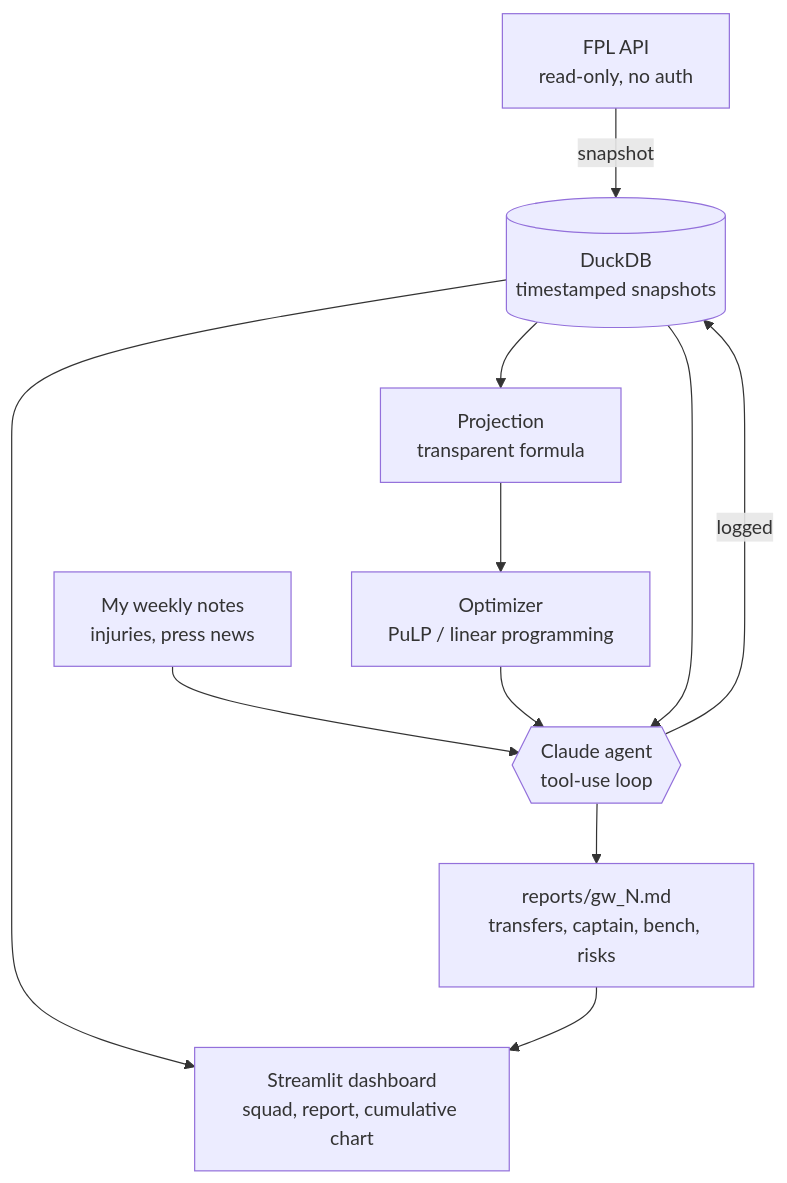
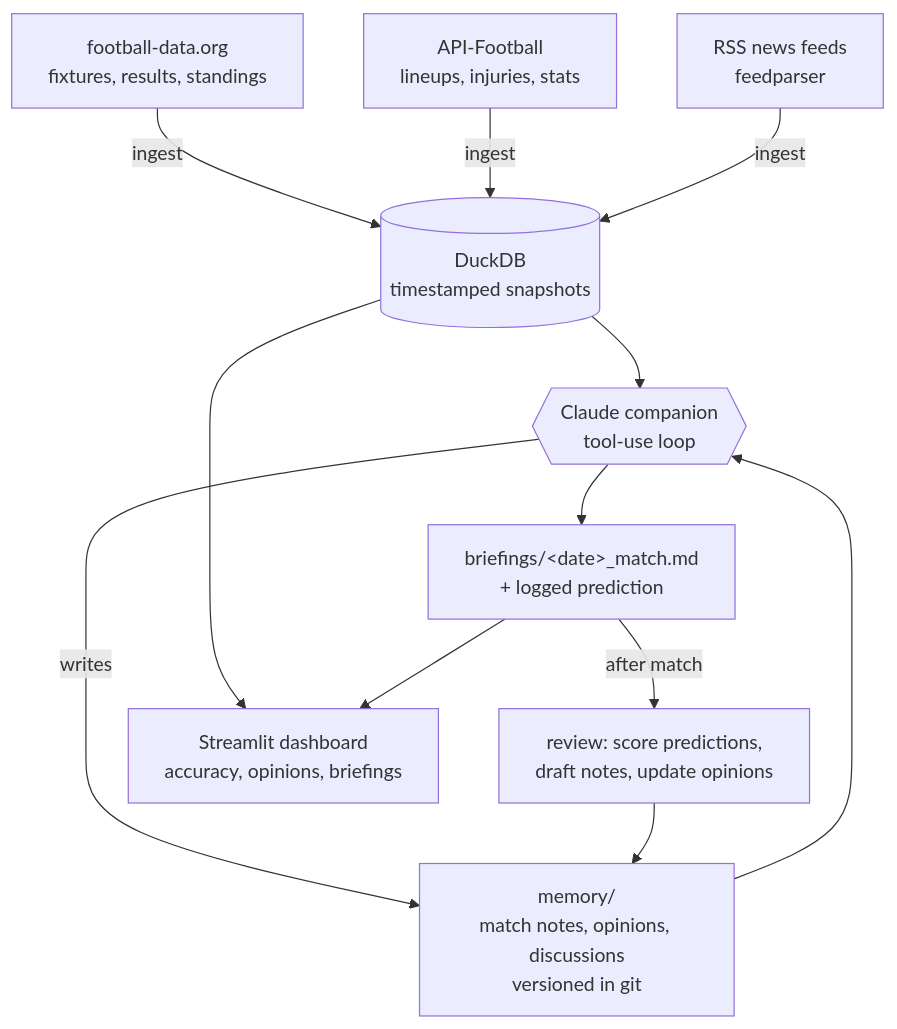
One commit to Rushikesh-S-Ware/football-companion changed the diagram in README.md. Above: the diagram before and after it, drawn with Mermaid. The commit also changed other lines of this file and 12 other files, not shown here.

First line of the commit message:
Pivot from FPL manager to Football Companion Agent (Phase 0)

````diff
--- a/README.md
+++ b/README.md
@@ -21,13 +28,14 @@
 ```mermaid
 flowchart TD
-    A[FPL API<br/>read-only, no auth] -->|snapshot| B[(DuckDB<br/>timestamped snapshots)]
-    B --> C[Projection<br/>transparent formula]
-    C --> D[Optimizer<br/>PuLP / linear programming]
-    N[My weekly notes<br/>injuries, press news] --> E
-    D --> E{{Claude agent<br/>tool-use loop}}
-    B --> E
-    E --> F[reports/gw_N.md<br/>transfers, captain, bench, risks]
-    E -->|logged| B
-    B --> G[Streamlit dashboard<br/>squad, report, cumulative chart]
-    F --> G
+    A[football-data.org<br/>fixtures, results, standings] -->|ingest| D[(DuckDB<br/>timestamped snapshots)]
+    B[API-Football<br/>lineups, injuries, stats] -->|ingest| D
+    C[RSS news feeds<br/>feedparser] -->|ingest| D
+    M[memory/<br/>match notes, opinions, discussions<br/>versioned in git] --> E
+    D --> E{{Claude companion<br/>tool-use loop}}
+    E -->|writes| M
+    E --> F[briefings/&lt;date&gt;_match.md<br/>+ logged prediction]
+    F -->|after match| G[review: score predictions,<br/>draft notes, update opinions]
+    G --> M
+    D --> H[Streamlit dashboard<br/>accuracy, opinions, briefings]
+    F --> H
 ```
````
